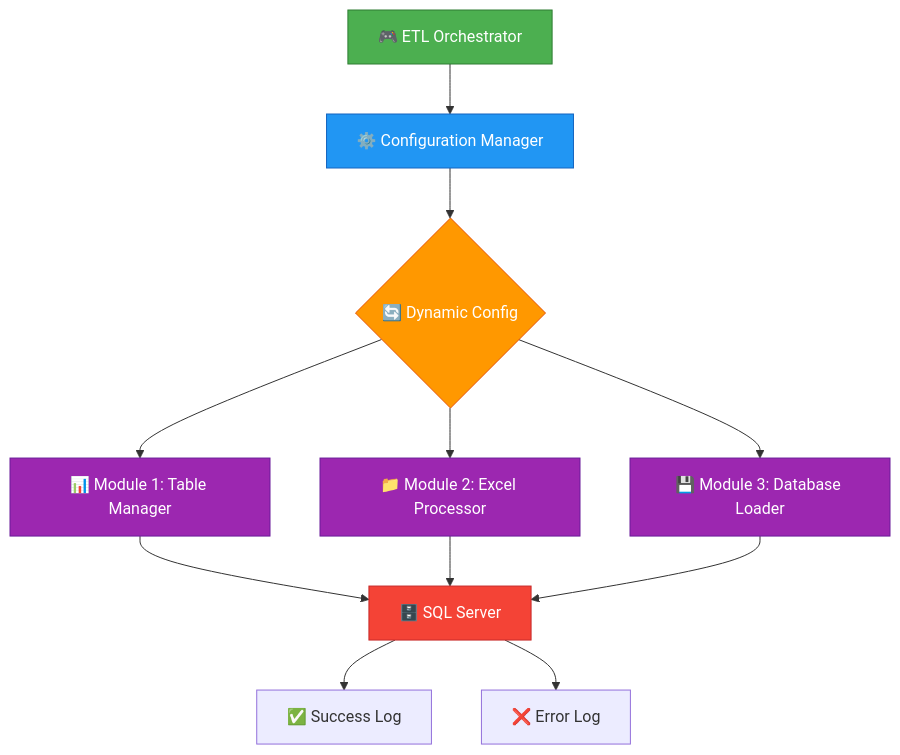
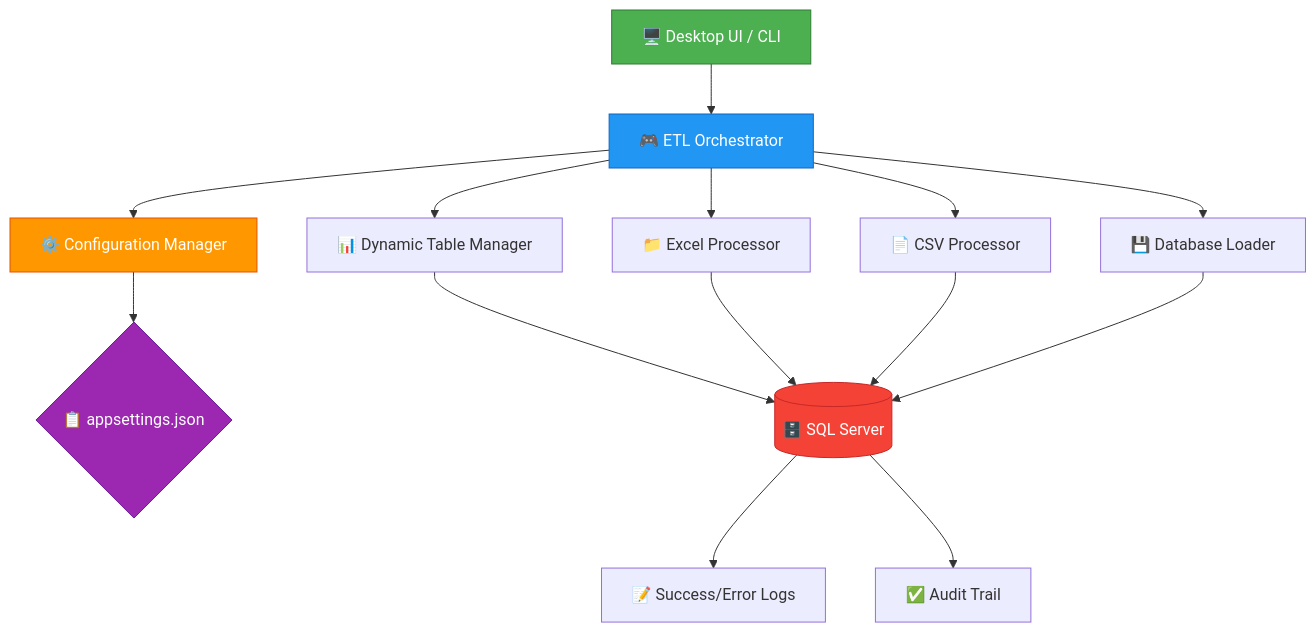
One commit to yhassan-git-real/Universal_Excel_Tool changed the first of 2 diagrams in README.md. Above: the diagram before and after it, drawn with Mermaid. The commit also changed other lines of this file and 19 other files, not shown here.

First line of the commit message:
Add progress notification and config enhancements across ETL modules

````diff
--- a/README.md
+++ b/README.md
@@ -101,21 +110,25 @@
 ```mermaid
 graph TB
-    A[🎮 ETL Orchestrator] --> B[⚙️ Configuration Manager]
-    B --> C{🔄 Dynamic Config}
-    C --> D[📊 Module 1: Table Manager]
-    C --> E[📁 Module 2: Excel Processor]
-    C --> F[💾 Module 3: Database Loader]
-    D --> G[🗄️ SQL Server]
-    E --> G
-    F --> G
-    G --> H[✅ Success Log]
-    G --> I[❌ Error Log]
+    UI[🖥️ Desktop UI / CLI] --> ORCH[🎮 ETL Orchestrator]
+    ORCH --> CONFIG[⚙️ Configuration Manager]
+    CONFIG --> APPS{📋 appsettings.json}
     
-    style A fill:#4CAF50,stroke:#2E7D32,color:#fff
-    style B fill:#2196F3,stroke:#1565C0,color:#fff
-    style C fill:#FF9800,stroke:#E65100,color:#fff
-    style D fill:#9C27B0,stroke:#6A1B9A,color:#fff
-    style E fill:#9C27B0,stroke:#6A1B9A,color:#fff
-    style F fill:#9C27B0,stroke:#6A1B9A,color:#fff
-    style G fill:#F44336,stroke:#C62828,color:#fff
+    ORCH --> MOD1[📊 Dynamic Table Manager]
+    ORCH --> MOD2[📁 Excel Processor]
+    ORCH --> MOD3[📄 CSV Processor]
+    ORCH --> MOD4[💾 Database Loader]
+    
+    MOD1 --> DB[(🗄️ SQL Server)]
+    MOD2 --> DB
+    MOD3 --> DB
+    MOD4 --> DB
+    
+    DB --> LOGS[📝 Success/Error Logs]
+    DB --> AUDIT[✅ Audit Trail]
+    
+    style UI fill:#4CAF50,stroke:#2E7D32,color:#fff
+    style ORCH fill:#2196F3,stroke:#1565C0,color:#fff
+    style CONFIG fill:#FF9800,stroke:#E65100,color:#fff
+    style APPS fill:#9C27B0,stroke:#6A1B9A,color:#fff
+    style DB fill:#F44336,stroke:#C62828,color:#fff
 ```
````
